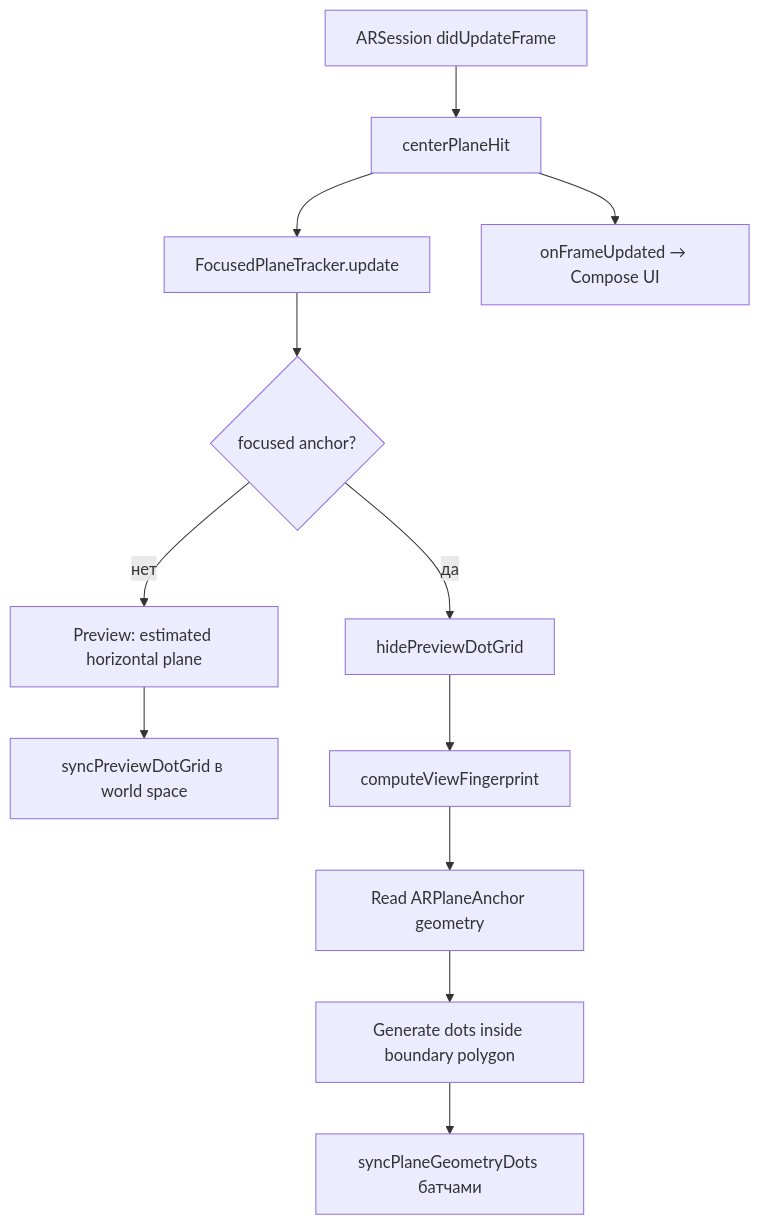
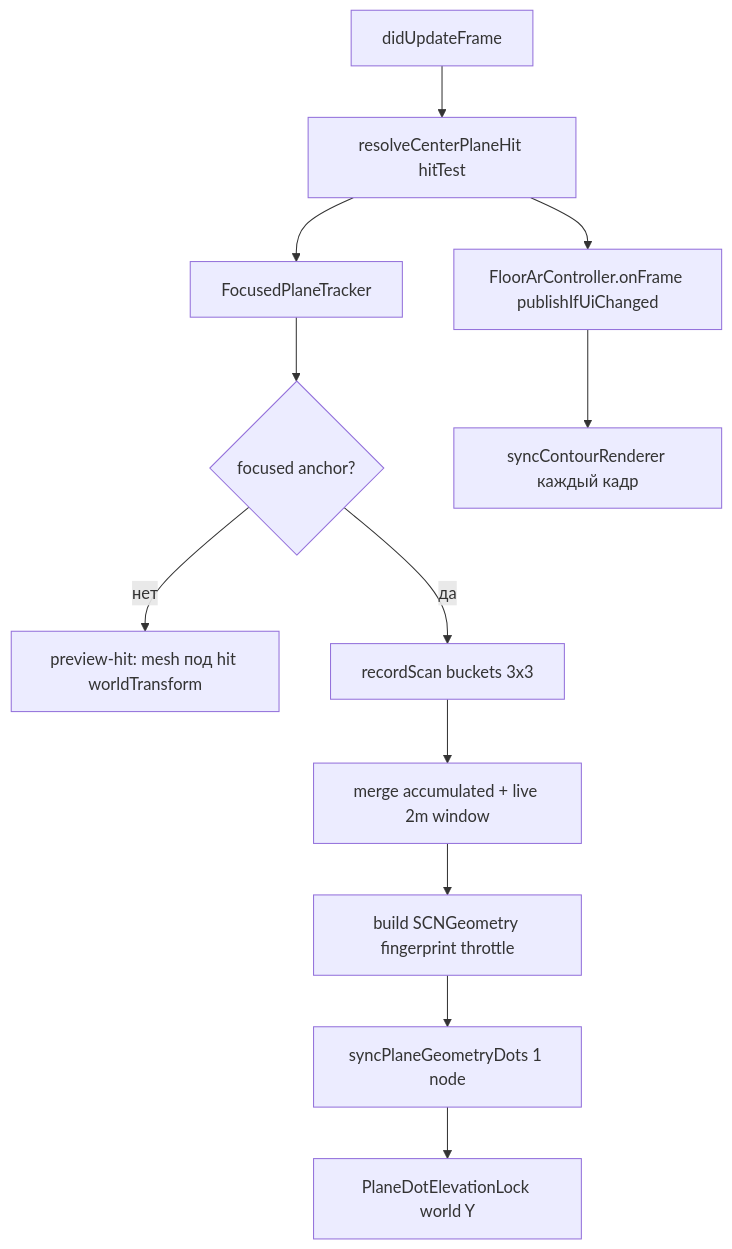
The second of 2 diagrams in docs/SURFACE_DETECTION.md (AlenniBoris/ARPlitochka), drawn with Mermaid before and after one commit. The commit also changed other lines of this file and 12 other files, not shown here.

First line of the commit message:
iOS: Ускорить plane dots, mesh renderer и документация поверхностей

````diff
--- a/docs/SURFACE_DETECTION.md
+++ b/docs/SURFACE_DETECTION.md
@@ -147,14 +297,14 @@
 ```mermaid
 flowchart TD
-    A[ARSession didUpdateFrame] --> B[centerPlaneHit]
-    B --> C[FocusedPlaneTracker.update]
+    A[didUpdateFrame] --> B[resolveCenterPlaneHit hitTest]
+    B --> C[FocusedPlaneTracker]
     C --> D{focused anchor?}
-    D -->|нет| E[Preview: estimated horizontal plane]
-    E --> F[syncPreviewDotGrid в world space]
-    D -->|да| G[hidePreviewDotGrid]
-    G --> H[computeViewFingerprint]
-    H --> I[Read ARPlaneAnchor geometry]
-    I --> J[Generate dots inside boundary polygon]
-    J --> K[syncPlaneGeometryDots батчами]
-    B --> L[onFrameUpdated → Compose UI]
+    D -->|нет| E[preview-hit: mesh под hit worldTransform]
+    D -->|да| F[recordScan buckets 3x3]
+    F --> G[merge accumulated + live 2m window]
+    G --> H[build SCNGeometry fingerprint throttle]
+    H --> I[syncPlaneGeometryDots 1 node]
+    I --> J[PlaneDotElevationLock world Y]
+    B --> K[FloorArController.onFrame publishIfUiChanged]
+    K --> L[syncContourRenderer каждый кадр]
 ```
````
